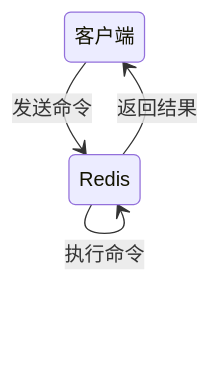
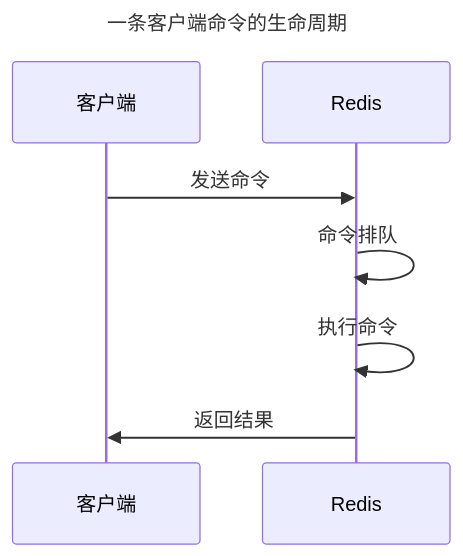
One commit to 0xcaffebabe/note changed the first of 4 diagrams in doc/中间件/数据库/redis/Redis.md. Above: the diagram before and after it, drawn with Mermaid. The commit also changed other lines of this file and 2 other files, not shown here.

Commit message:
📦Redis
- 调整列表格式，使用短横线替代破折号
- 修正代码块格式问题，使用三个反引号包围代码
- 优化图表描述，添加标题和使用正确的语法
- 统一使用全角符号替代半角符号
- 修正部分错别字和标点符号使用

````diff
--- a/doc/中间件/数据库/redis/Redis.md
+++ b/doc/中间件/数据库/redis/Redis.md
@@ -51,7 +49,10 @@
 ```mermaid
-stateDiagram-v2
-  客户端 --> Redis: 发送命令
-  Redis --> Redis: 命令排队
-  Redis --> Redis: 执行命令
-  Redis --> 客户端: 返回结果
+---
+title: 一条客户端命令的生命周期
+---
+sequenceDiagram
+    客户端 ->> Redis: 发送命令
+    Redis ->> Redis: 命令排队
+    Redis ->> Redis: 执行命令
+    Redis ->> 客户端 : 返回结果
 ```
````
